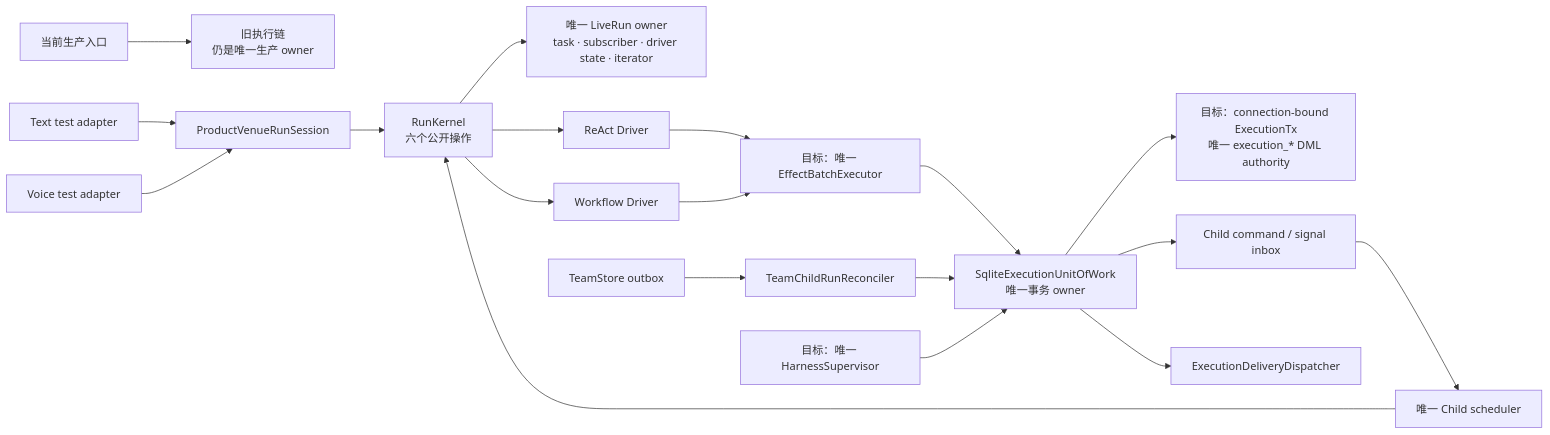
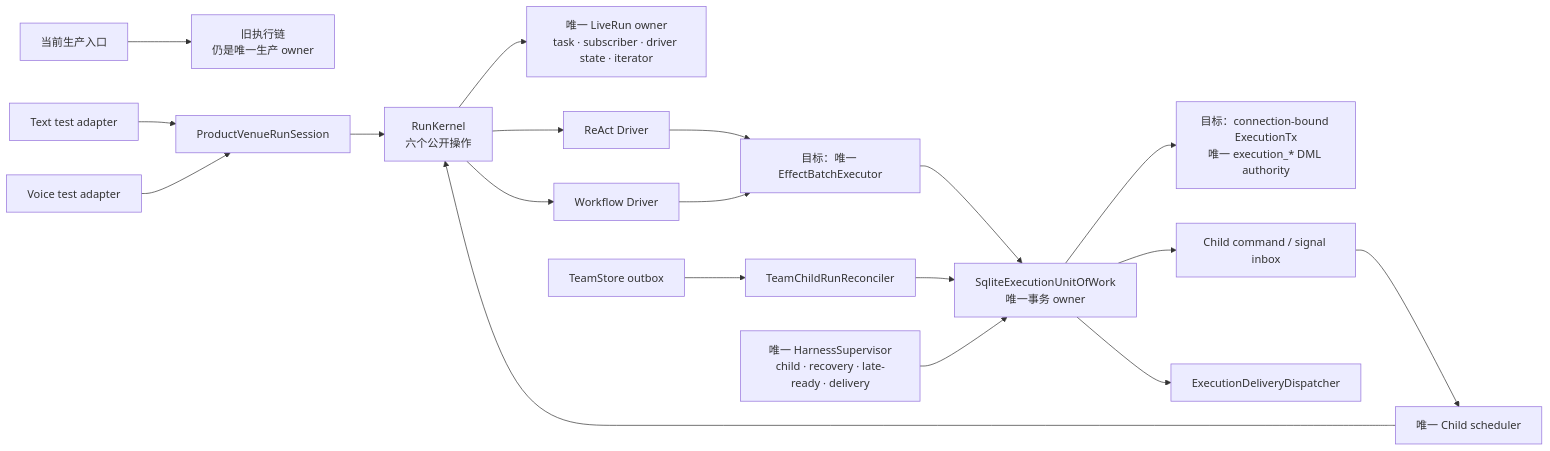
Before and after one commit to DennyWanye/simple_harness: the diagram in ARCHITECTURE/AGENT_HARNESS.md, drawn with Mermaid. The commit also changed other lines of this file and 19 other files, not shown here.

````diff
--- a/ARCHITECTURE/AGENT_HARNESS.md
+++ b/ARCHITECTURE/AGENT_HARNESS.md
@@ -21,21 +21,21 @@
 ```mermaid
 flowchart LR
     Ingress["当前生产入口"] --> Legacy["旧执行链<br/>仍是唯一生产 owner"]
     Text["Text test adapter"] --> Session["ProductVenueRunSession"]
     Voice["Voice test adapter"] --> Session
     Session --> Kernel["RunKernel<br/>六个公开操作"]
     Kernel --> Live["唯一 LiveRun owner<br/>task · subscriber · driver state · iterator"]
     Kernel --> React["ReAct Driver"]
     Kernel --> Workflow["Workflow Driver"]
     React --> Effect["目标：唯一 EffectBatchExecutor"]
     Workflow --> Effect
     Effect --> UoW["SqliteExecutionUnitOfWork<br/>唯一事务 owner"]
     UoW --> Tx["目标：connection-bound ExecutionTx<br/>唯一 execution_* DML authority"]
     UoW --> Child["Child command / signal inbox"]
     Child --> Scheduler["唯一 Child scheduler"]
     Scheduler --> Kernel
     UoW --> Delivery["ExecutionDeliveryDispatcher"]
     Team["TeamStore outbox"] --> Reconciler["TeamChildRunReconciler"]
     Reconciler --> UoW
-    Supervisor["目标：唯一 HarnessSupervisor"] --> UoW
+    Supervisor["唯一 HarnessSupervisor<br/>child · recovery · late-ready · delivery"] --> UoW
 ```
````
